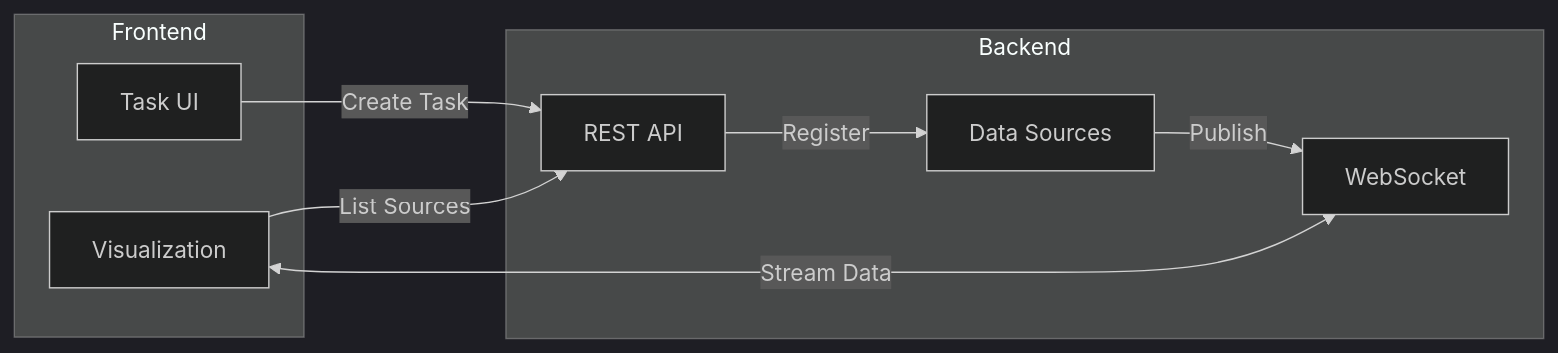
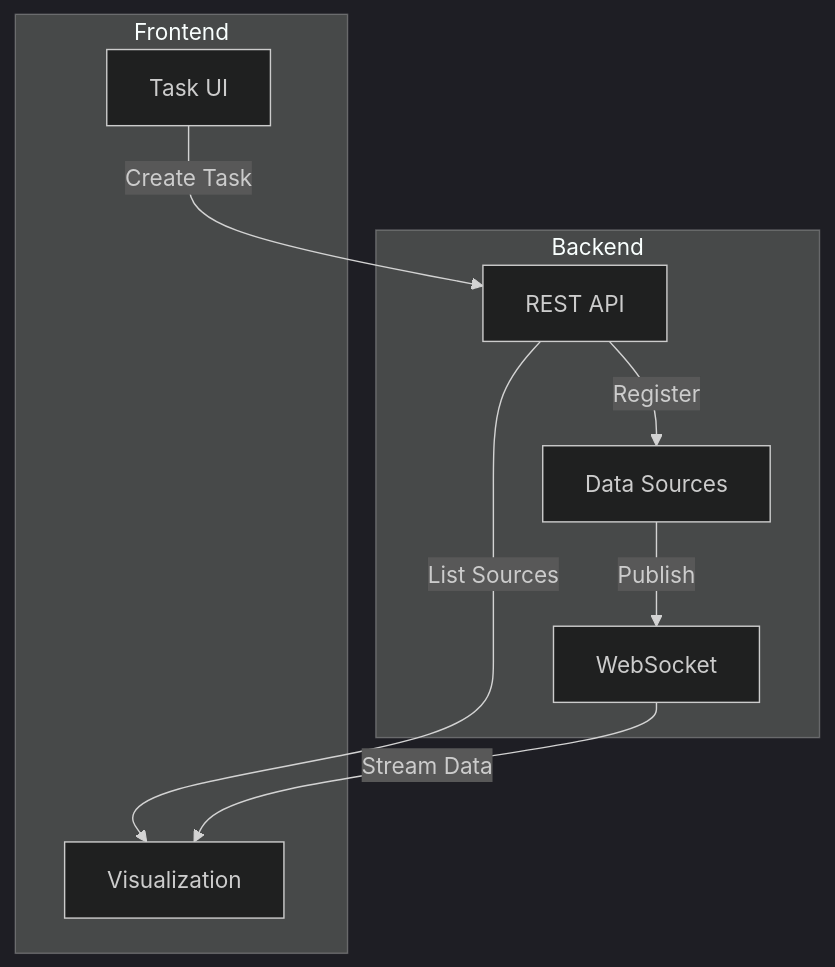
One commit to tccoult/sdr-cockpit changed the diagram in README.md. Above: the diagram before and after it, drawn with Mermaid (dark theme).

Commit message:
Update diagram to vertical layout with cleaner connections
- Backend on top, Frontend on bottom
- One-way streaming from WebSocket to Visualization
- Separate connection points to avoid overlapping labels

````diff
--- a/README.md
+++ b/README.md
@@ -33,19 +33,19 @@
 ```mermaid
-flowchart LR
-    subgraph Frontend
-        UI[Task UI]
-        Viz[Visualization]
-    end
-
+flowchart TB
     subgraph Backend
         API[REST API]
         Sources[Data Sources]
         WS[WebSocket]
     end
 
+    subgraph Frontend
+        UI[Task UI]
+        Viz[Visualization]
+    end
+
     UI -->|"Create Task"| API
     API -->|"Register"| Sources
-    Viz -->|"List Sources"| API
-    Viz <-->|"Stream Data"| WS
+    API -->|"List Sources"| Viz
     Sources -->|"Publish"| WS
+    WS -->|"Stream Data"| Viz
 ```
````
